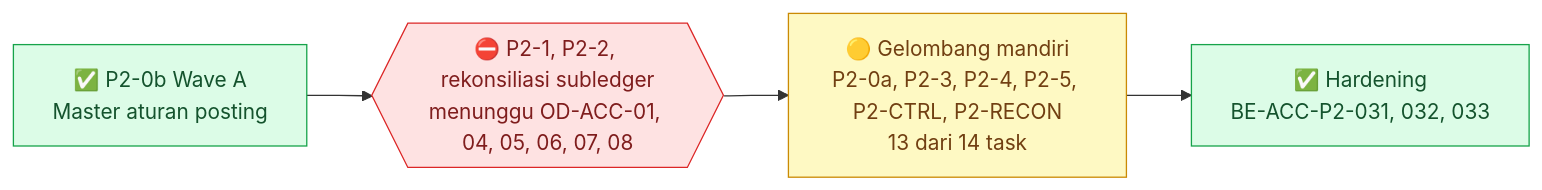
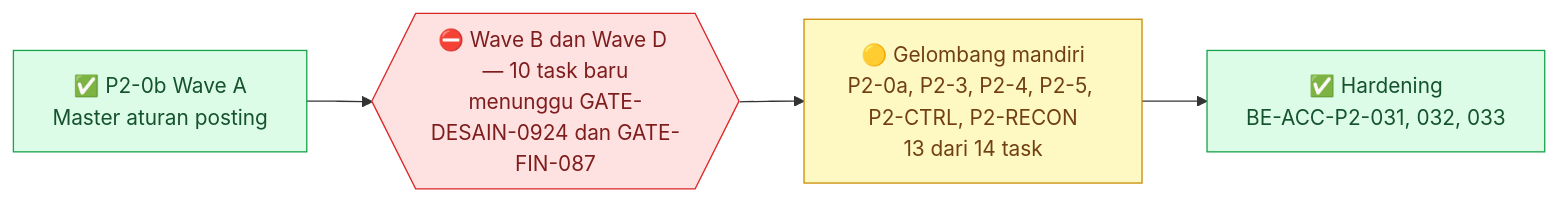
The first of 4 diagrams in docs/module-blueprints/accounting/roadmap/backend-roadmap-phase2.md (DevBenari/NewQuilvianSystemBackend), drawn with Mermaid before and after one commit. The commit also changed other lines of this file and 15 other files, not shown here.

````diff
--- a/docs/module-blueprints/accounting/roadmap/backend-roadmap-phase2.md
+++ b/docs/module-blueprints/accounting/roadmap/backend-roadmap-phase2.md
@@ -42,17 +43,17 @@
 ```mermaid
 flowchart LR
     classDef selesai fill:#DCFCE7,stroke:#16A34A,color:#14532D
     classDef sebagian fill:#FEF9C3,stroke:#CA8A04,color:#713F12
     classDef terblokir fill:#FEE2E2,stroke:#DC2626,color:#7F1D1D
     classDef belum fill:#F1F5F9,stroke:#64748B,color:#0F172A
     classDef luar fill:#EDE9FE,stroke:#7C3AED,color:#3B0764
 
     SMANDIRI["🟡 Gelombang mandiri<br/>P2-0a, P2-3, P2-4, P2-5, P2-CTRL, P2-RECON<br/>13 dari 14 task"]:::sebagian
     SHARD["✅ Hardening<br/>BE-ACC-P2-031, 032, 033"]:::selesai
     SP20B["✅ P2-0b Wave A<br/>Master aturan posting"]:::selesai
-    GP21{{"⛔ P2-1, P2-2, rekonsiliasi subledger<br/>menunggu OD-ACC-01, 04, 05, 06, 07, 08"}}:::terblokir
+    GP21{{"⛔ Wave B dan Wave D — 10 task baru<br/>menunggu GATE-DESAIN-0924 dan GATE-FIN-087"}}:::terblokir
 
     SMANDIRI --> SHARD
     SP20B --> GP21
     GP21 --> SMANDIRI
 ```
````
